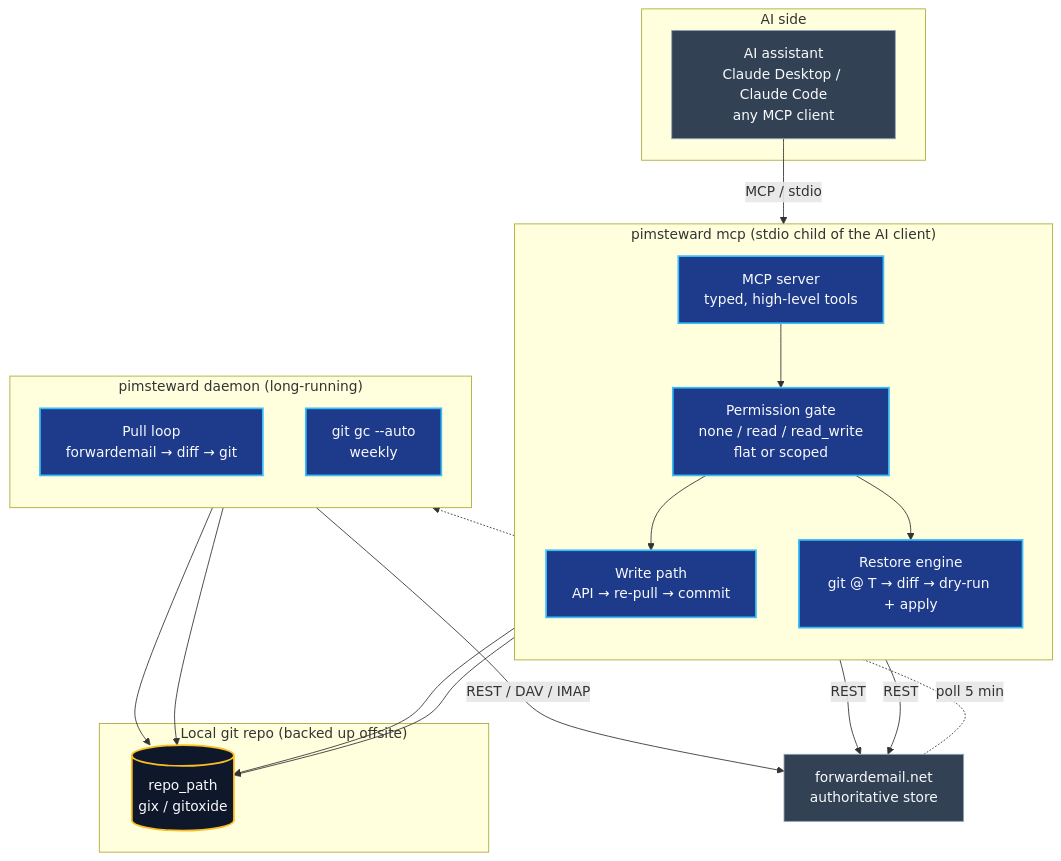
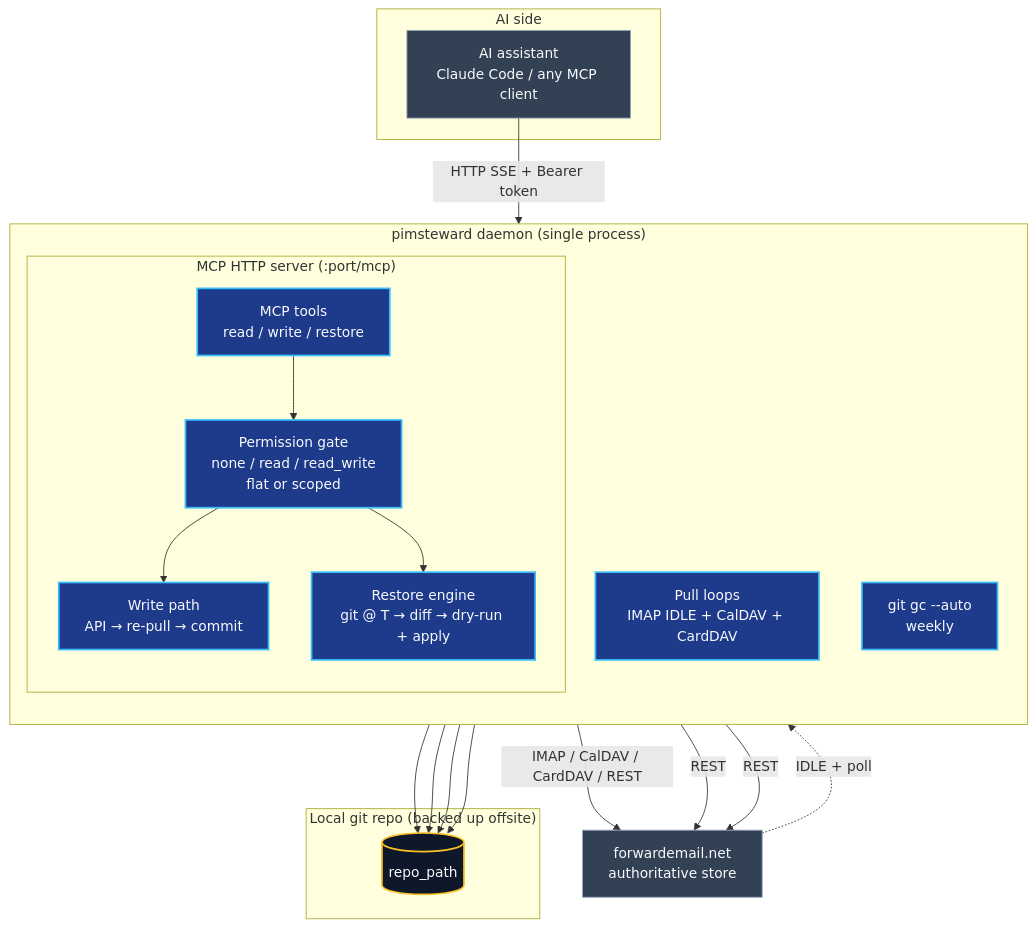
Before and after one commit to dcardamo/pimsteward: the first of 3 diagrams in README.md, drawn with Mermaid. The commit also changed other lines of this file and 8 other files, not shown here.

First line of the commit message:
refactor: merge MCP HTTP into daemon, kill stdio transport

````diff
--- a/README.md
+++ b/README.md
@@ -187,46 +195,46 @@
 ```mermaid
 flowchart TB
     subgraph client["AI side"]
-        AI["AI assistant<br/>Claude Desktop / Claude Code<br/>any MCP client"]
+        AI["AI assistant<br/>Claude Code / any MCP client"]
     end
 
-    subgraph mcp["pimsteward mcp (stdio child of the AI client)"]
+    subgraph daemon["pimsteward daemon (single process)"]
         direction TB
-        MCP["MCP server<br/>typed, high-level tools"]
-        PERM["Permission gate<br/>none / read / read_write<br/>flat or scoped"]
-        WRITE["Write path<br/>API → re-pull → commit"]
-        REST["Restore engine<br/>git @ T → diff → dry-run + apply"]
-        MCP --> PERM
-        PERM --> WRITE
-        PERM --> REST
-    end
 
-    subgraph daemon["pimsteward daemon (long-running)"]
-        direction TB
-        PULL["Pull loop<br/>forwardemail → diff → git"]
+        subgraph mcphttp["MCP HTTP server (:port/mcp)"]
+            MCP["MCP tools<br/>read / write / restore"]
+            PERM["Permission gate<br/>none / read / read_write<br/>flat or scoped"]
+            WRITE["Write path<br/>API → re-pull → commit"]
+            REST["Restore engine<br/>git @ T → diff → dry-run + apply"]
+            MCP --> PERM
+            PERM --> WRITE
+            PERM --> REST
+        end
+
+        PULL["Pull loops<br/>IMAP IDLE + CalDAV + CardDAV"]
         GC["git gc --auto<br/>weekly"]
     end
 
     subgraph storage["Local git repo (backed up offsite)"]
-        GIT[("repo_path<br/>gix / gitoxide")]
+        GIT[("repo_path")]
     end
 
     FE["forwardemail.net<br/>authoritative store"]
 
-    AI -- "MCP / stdio" --> MCP
-    PULL -- "REST / DAV / IMAP" --> FE
+    AI -- "HTTP SSE + Bearer token" --> MCP
+    PULL -- "IMAP / CalDAV / CardDAV / REST" --> FE
     WRITE -- "REST" --> FE
     REST -- "REST" --> FE
-    FE -. "poll 5 min" .-> PULL
+    FE -. "IDLE + poll" .-> PULL
     PULL --> GIT
     WRITE --> GIT
     REST --> GIT
     GC --> GIT
 
     classDef daemonCls fill:#1e3a8a,stroke:#38bdf8,stroke-width:2px,color:#f8fafc;
     classDef store fill:#0f172a,stroke:#fbbf24,stroke-width:2px,color:#f8fafc;
     classDef ext fill:#334155,stroke:#94a3b8,stroke-width:1px,color:#f8fafc;
     class MCP,PERM,WRITE,REST,PULL,GC daemonCls;
     class GIT store;
     class AI,FE ext;
 ```
````
